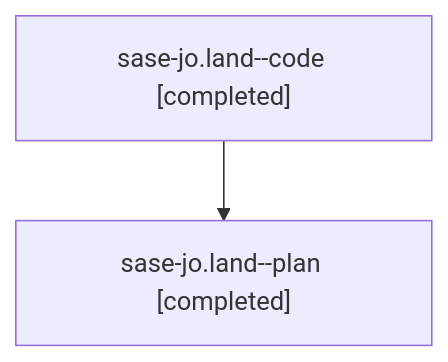
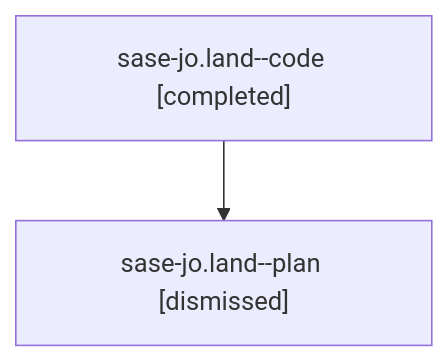
One commit to sase-org/sase--agents changed the diagram in families/bbugyi200.athena.sase-jo.land.md. Above: the diagram before and after it, drawn with Mermaid. The commit also changed other lines of this file and 1973 other files, not shown here.

````diff
--- a/families/bbugyi200.athena.sase-jo.land.md
+++ b/families/bbugyi200.athena.sase-jo.land.md
@@ -9,6 +9,6 @@
 ```mermaid
 flowchart TD
   n0["sase-jo.land--code [completed]"]
-  n1["sase-jo.land--plan [completed]"]
+  n1["sase-jo.land--plan [dismissed]"]
   n0 --> n1
 ```
````
